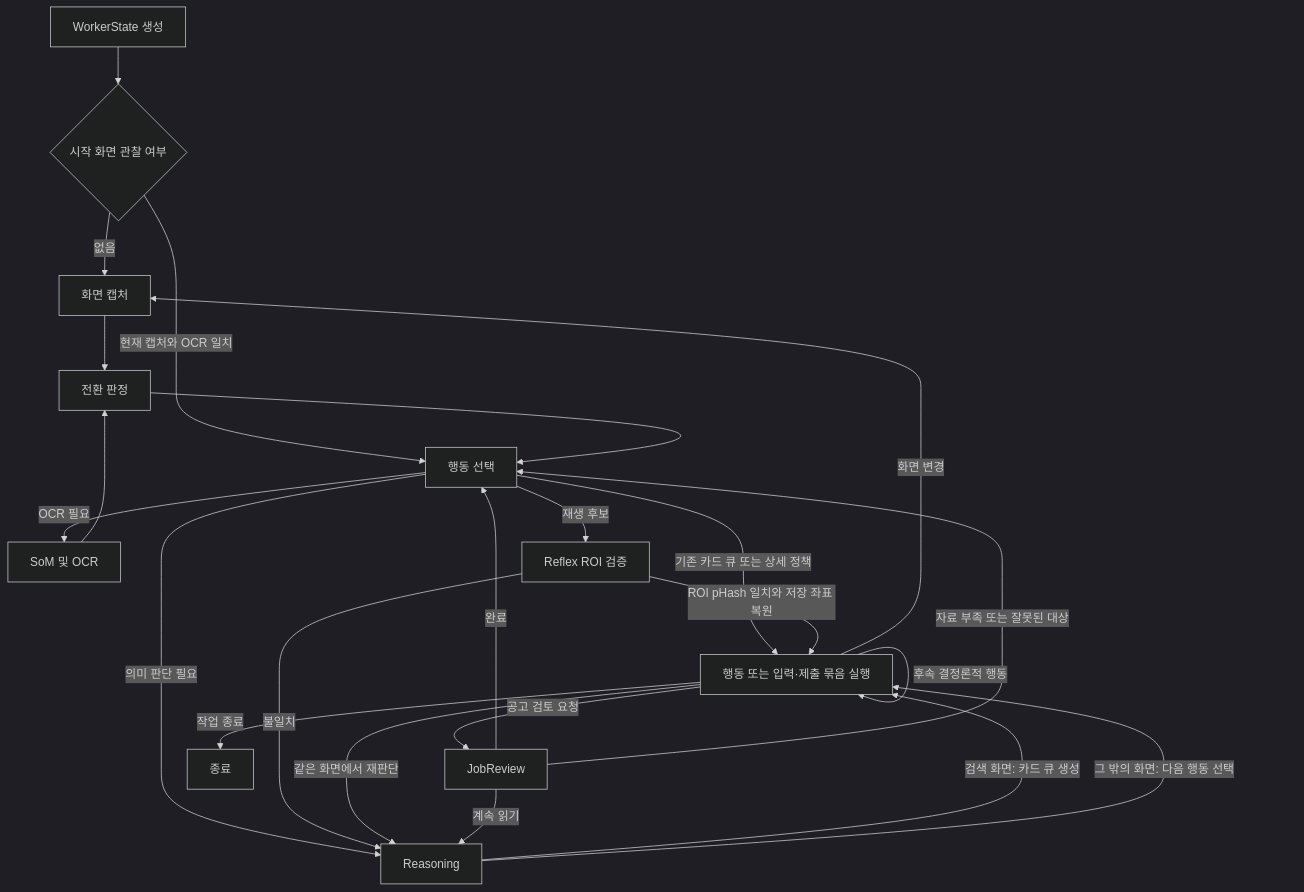
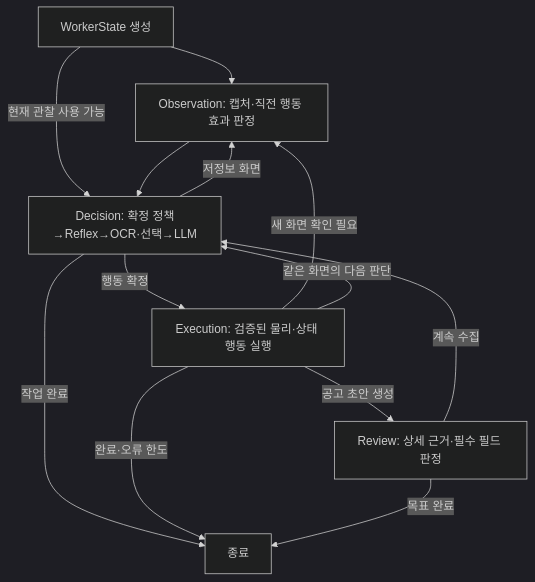
Before and after one commit to Dreamtreeme/L2C: the second of 2 diagrams in ARCHITECTURE.md, drawn with Mermaid (dark theme). The commit also changed other lines of this file and 15 other files, not shown here.

````diff
--- a/ARCHITECTURE.md
+++ b/ARCHITECTURE.md
@@ -53,25 +57,15 @@
 ```mermaid
 flowchart TD
-    S[WorkerState 생성] --> START{시작 화면 관찰 여부}
-    START -->|없음| CAPTURE[화면 캡처]
-    START -->|현재 캡처와 OCR 일치| SELECT[행동 선택]
-    CAPTURE[화면 캡처] --> TRANSITION[전환 판정]
-    TRANSITION --> SELECT
-    OCR[SoM 및 OCR] --> TRANSITION
-    SELECT -->|OCR 필요| OCR
-    SELECT -->|기존 카드 큐 또는 상세 정책| EXECUTION[행동 또는 입력·제출 묶음 실행]
-    SELECT -->|재생 후보| REFLEX[Reflex ROI 검증]
-    SELECT -->|의미 판단 필요| REASON[Reasoning]
-    REFLEX -->|ROI pHash 일치와 저장 좌표 복원| EXECUTION
-    REFLEX -->|불일치| REASON
-    REASON -->|검색 화면: 카드 큐 생성| EXECUTION
-    REASON -->|그 밖의 화면: 다음 행동 선택| EXECUTION
-    EXECUTION -->|화면 변경| CAPTURE
-    EXECUTION -->|같은 화면에서 재판단| REASON
-    EXECUTION -->|후속 결정론적 행동| EXECUTION
-    EXECUTION -->|공고 검토 요청| REVIEW[JobReview]
-    REVIEW -->|계속 읽기| REASON
-    REVIEW -->|완료| SELECT
-    REVIEW -->|자료 부족 또는 잘못된 대상| SELECT
-    EXECUTION -->|작업 종료| END[종료]
+    S[WorkerState 생성] --> O[Observation: 캡처·직전 행동 효과 판정]
+    S -->|현재 관찰 사용 가능| D[Decision: 확정 정책→Reflex→OCR·선택→LLM]
+    O --> D
+    D -->|행동 확정| E[Execution: 검증된 물리·상태 행동 실행]
+    D -->|저정보 화면| O
+    D -->|작업 완료| END[종료]
+    E -->|새 화면 확인 필요| O
+    E -->|같은 화면의 다음 판단| D
+    E -->|공고 초안 생성| R[Review: 상세 근거·필수 필드 판정]
+    E -->|완료·오류 한도| END
+    R -->|계속 수집| D
+    R -->|목표 완료| END
 ```
````
